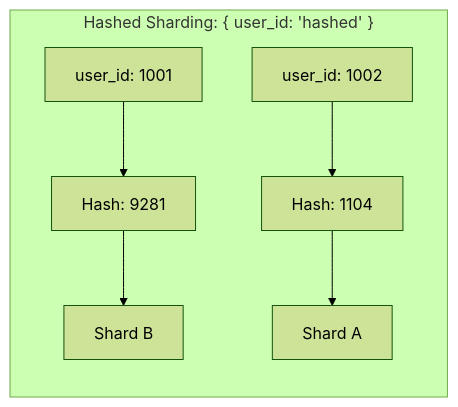
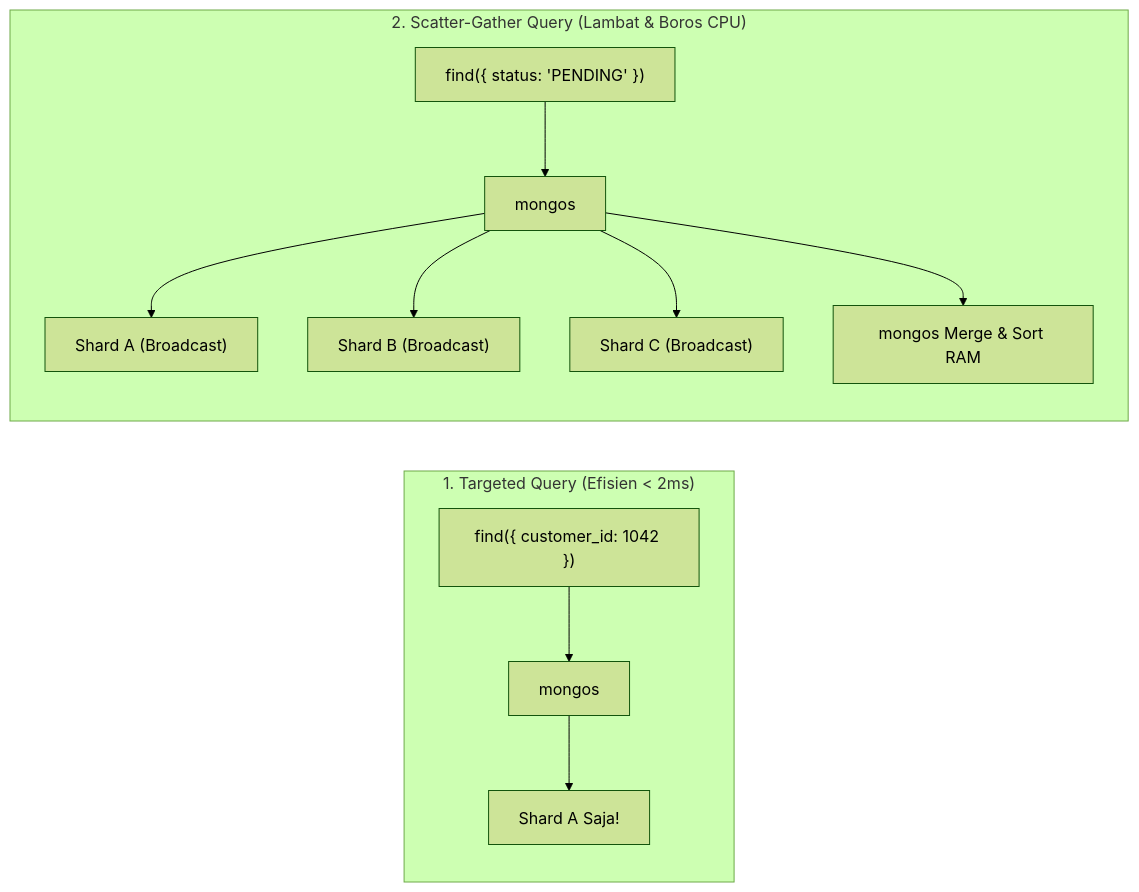
The second of 3 diagrams in src/content/docs/mongodb/07-sharding-cluster-dan-chunk-splitting.md (exa31/learning-docs), drawn with Mermaid (forest theme) before and after one commit. The commit also changed other lines of this file and 7 other files, not shown here.

````diff
--- a/src/content/docs/mongodb/07-sharding-cluster-dan-chunk-splitting.md
+++ b/src/content/docs/mongodb/07-sharding-cluster-dan-chunk-splitting.md
@@ -55,7 +49,14 @@
 ```mermaid
 flowchart LR
-    subgraph Hashed["Hashed Sharding: { user_id: 'hashed' }"]
-        ID1["user_id: 1001"] --> Hash1["Hash: 9281"] --> ShardB["Shard B"]
-        ID2["user_id: 1002"] --> Hash2["Hash: 1104"] --> ShardA["Shard A"]
+    subgraph Targeted ["1. Targeted Query (Efisien < 2ms)"]
+        Q1["find({ customer_id: 1042 })"] --> M1["mongos"] --> SA["Shard A Saja!"]
+    end
+
+    subgraph Scatter ["2. Scatter-Gather Query (Lambat & Boros CPU)"]
+        Q2["find({ status: 'PENDING' })"] --> M2["mongos"]
+        M2 --> S1["Shard A (Broadcast)"]
+        M2 --> S2["Shard B (Broadcast)"]
+        M2 --> S3["Shard C (Broadcast)"]
+        M2 --> Merge["mongos Merge & Sort RAM"]
     end
 ```
````
